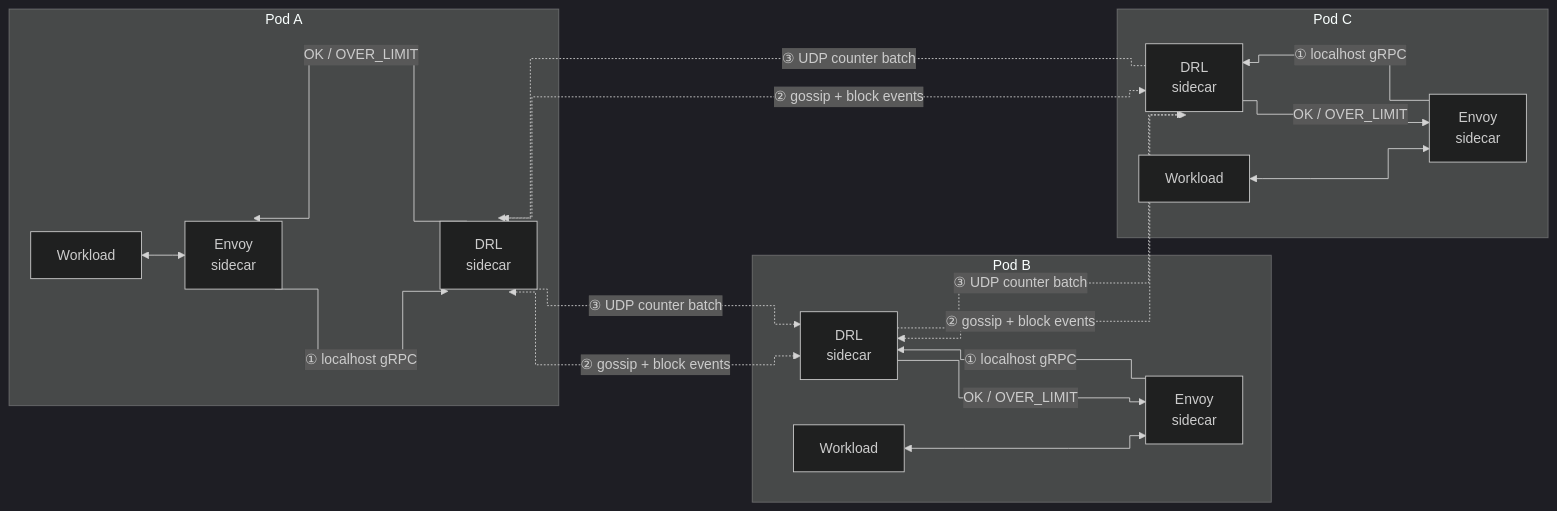
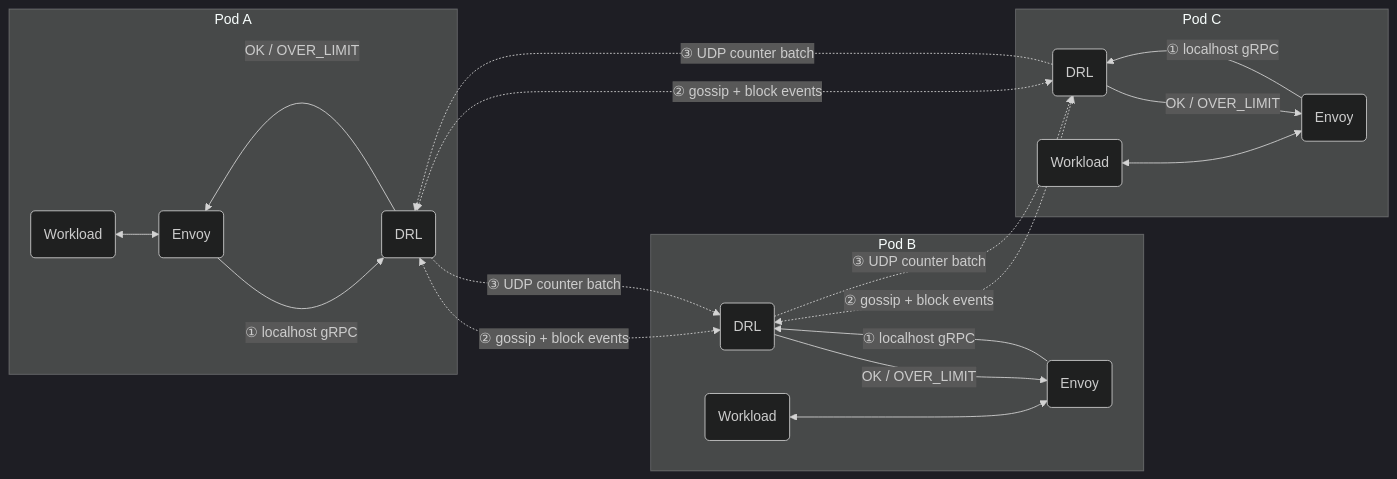
The first of 2 diagrams in README.md (gchiesa/drl), drawn with Mermaid (dark theme) before and after one commit. The commit also changed other lines of this file and 2 other files, not shown here.

````diff
--- a/README.md
+++ b/README.md
@@ -28,27 +81,27 @@
 ```mermaid
-%%{init: {'flowchart': {'curve': 'step'}}}%%
+%%{init: {'flowchart': {'curve': 'basis'}}}%%
 flowchart LR
     subgraph pod-a ["Pod A"]
-        WA["Workload"] <--> EA["Envoy\nsidecar"]
-        EA -- "① localhost gRPC" --> DA["DRL\nsidecar"]
+        WA("Workload") <--> EA("Envoy")
+        EA -- "① localhost gRPC" --> DA("DRL")
         DA -- "OK / OVER_LIMIT" --> EA
     end
     subgraph pod-b ["Pod B"]
-        WB["Workload"] <--> EB["Envoy\nsidecar"]
-        EB -- "① localhost gRPC" --> DB["DRL\nsidecar"]
+        WB("Workload") <--> EB("Envoy")
+        EB -- "① localhost gRPC" --> DB("DRL")
         DB -- "OK / OVER_LIMIT" --> EB
     end
     subgraph pod-c ["Pod C"]
-        WC["Workload"] <--> EC["Envoy\nsidecar"]
-        EC -- "① localhost gRPC" --> DC["DRL\nsidecar"]
+        WC("Workload") <--> EC("Envoy")
+        EC -- "① localhost gRPC" --> DC("DRL")
         DC -- "OK / OVER_LIMIT" --> EC
     end
 
     DA <-.->|"② gossip + block events"| DB
     DB <-.->|"② gossip + block events"| DC
     DA <-.->|"② gossip + block events"| DC
 
     DA -.->|"③ UDP counter batch"| DB
     DB -.->|"③ UDP counter batch"| DC
     DC -.->|"③ UDP counter batch"| DA
 ```
````
